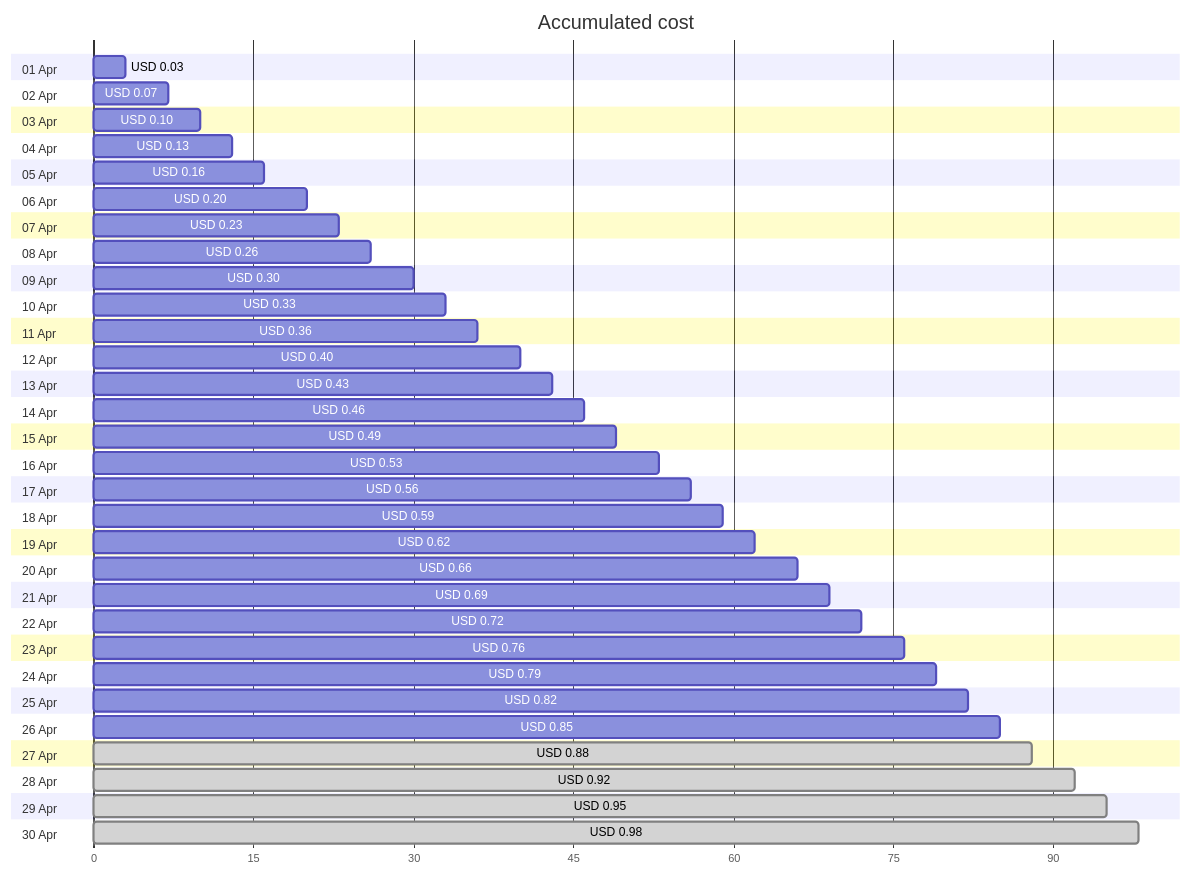
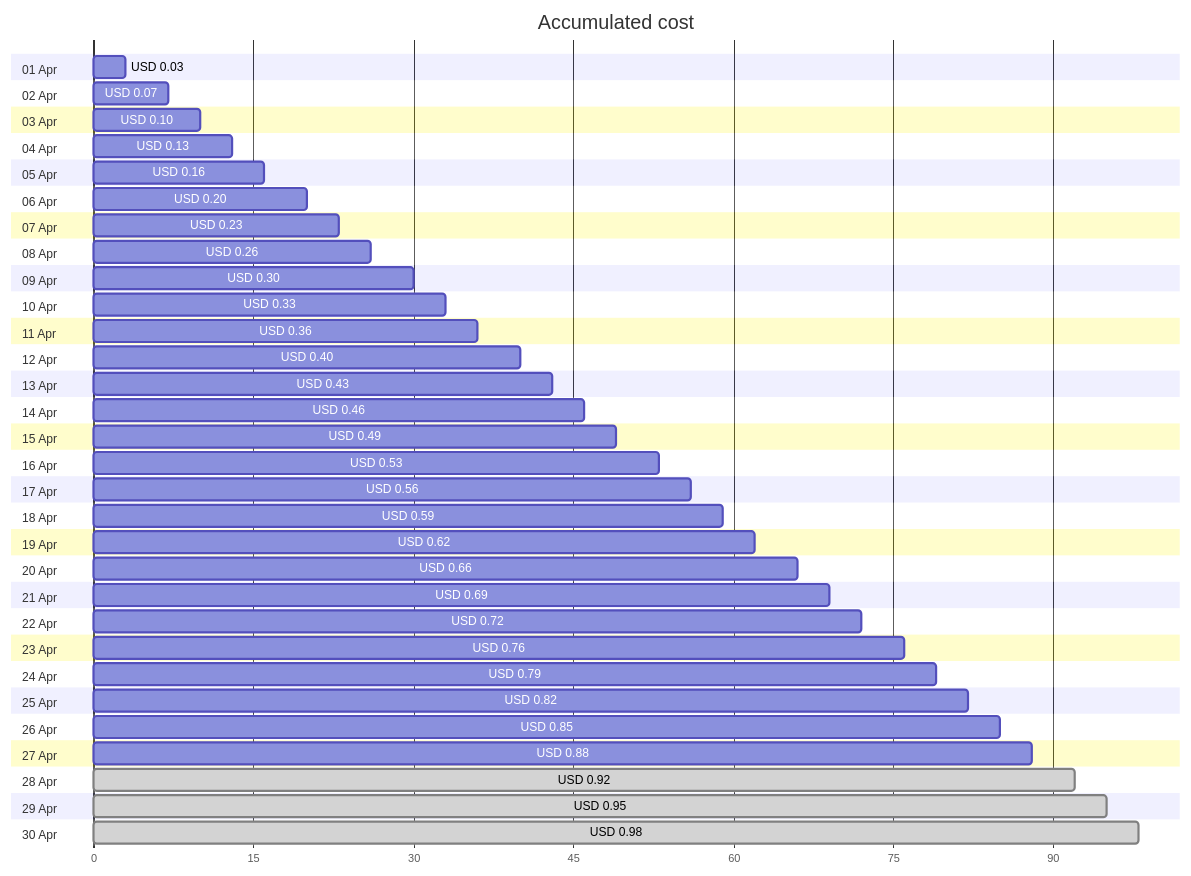
One commit to jpfulton/azure-personal-reports changed the first of 4 diagrams in cost-reports/personal-dns/README.md. Above: the diagram before and after it, drawn with Mermaid. The commit also changed other lines of this file and 2 other files, not shown here.

````diff
--- a/cost-reports/personal-dns/README.md
+++ b/cost-reports/personal-dns/README.md
@@ -20,66 +20,66 @@
 ```mermaid
 gantt
    title Accumulated cost
    dateFormat  X
    axisFormat %s
    section 01 Apr
    USD 0.03 :0, 3
    section 02 Apr
    USD 0.07 :0, 7
    section 03 Apr
    USD 0.10 :0, 10
    section 04 Apr
    USD 0.13 :0, 13
    section 05 Apr
    USD 0.16 :0, 16
    section 06 Apr
    USD 0.20 :0, 20
    section 07 Apr
    USD 0.23 :0, 23
    section 08 Apr
    USD 0.26 :0, 26
    section 09 Apr
    USD 0.30 :0, 30
    section 10 Apr
    USD 0.33 :0, 33
    section 11 Apr
    USD 0.36 :0, 36
    section 12 Apr
    USD 0.40 :0, 40
    section 13 Apr
    USD 0.43 :0, 43
    section 14 Apr
    USD 0.46 :0, 46
    section 15 Apr
    USD 0.49 :0, 49
    section 16 Apr
    USD 0.53 :0, 53
    section 17 Apr
    USD 0.56 :0, 56
    section 18 Apr
    USD 0.59 :0, 59
    section 19 Apr
    USD 0.62 :0, 62
    section 20 Apr
    USD 0.66 :0, 66
    section 21 Apr
    USD 0.69 :0, 69
    section 22 Apr
    USD 0.72 :0, 72
    section 23 Apr
    USD 0.76 :0, 76
    section 24 Apr
    USD 0.79 :0, 79
    section 25 Apr
    USD 0.82 :0, 82
    section 26 Apr
    USD 0.85 :0, 85
    section 27 Apr
-   USD 0.88 : done, 0, 88
+   USD 0.88 :0, 88
    section 28 Apr
    USD 0.92 : done, 0, 92
    section 29 Apr
    USD 0.95 : done, 0, 95
    section 30 Apr
    USD 0.98 : done, 0, 98
 ```
````
